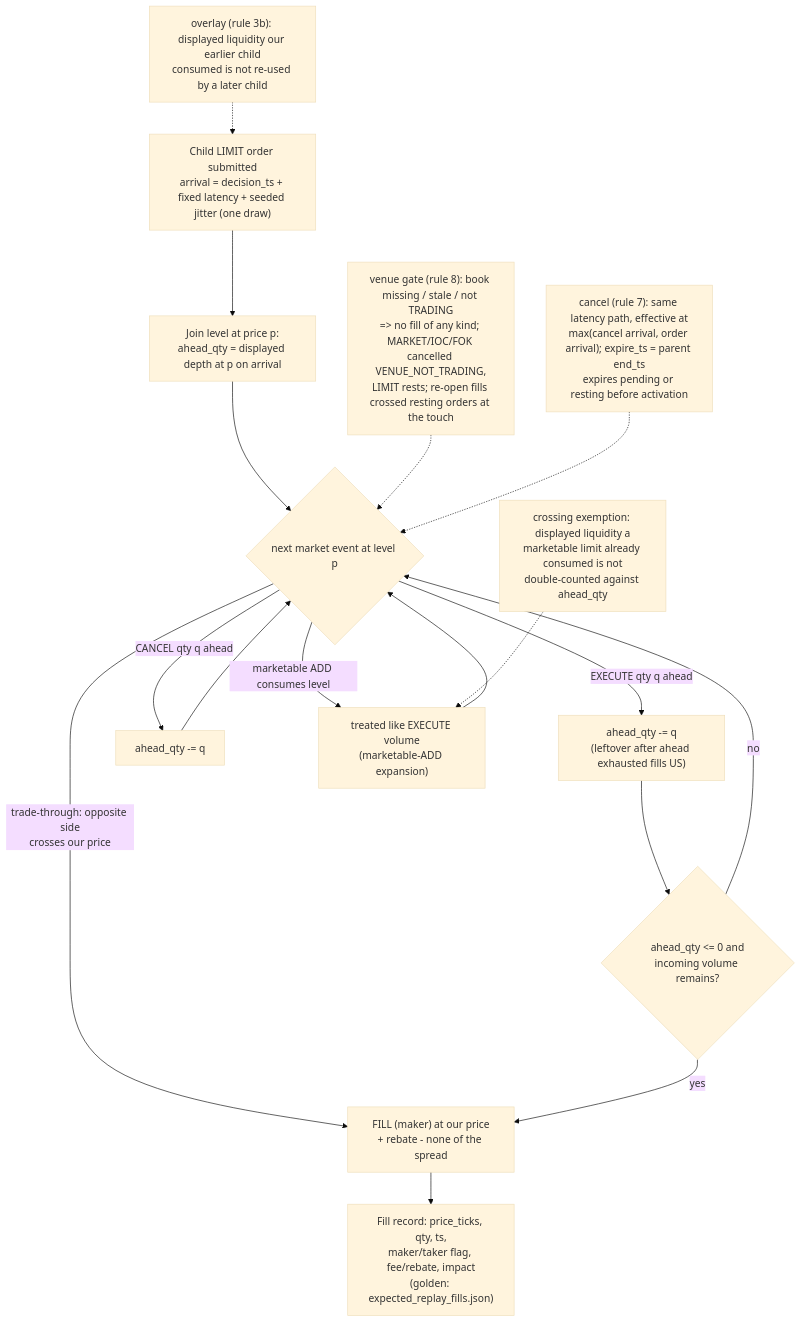
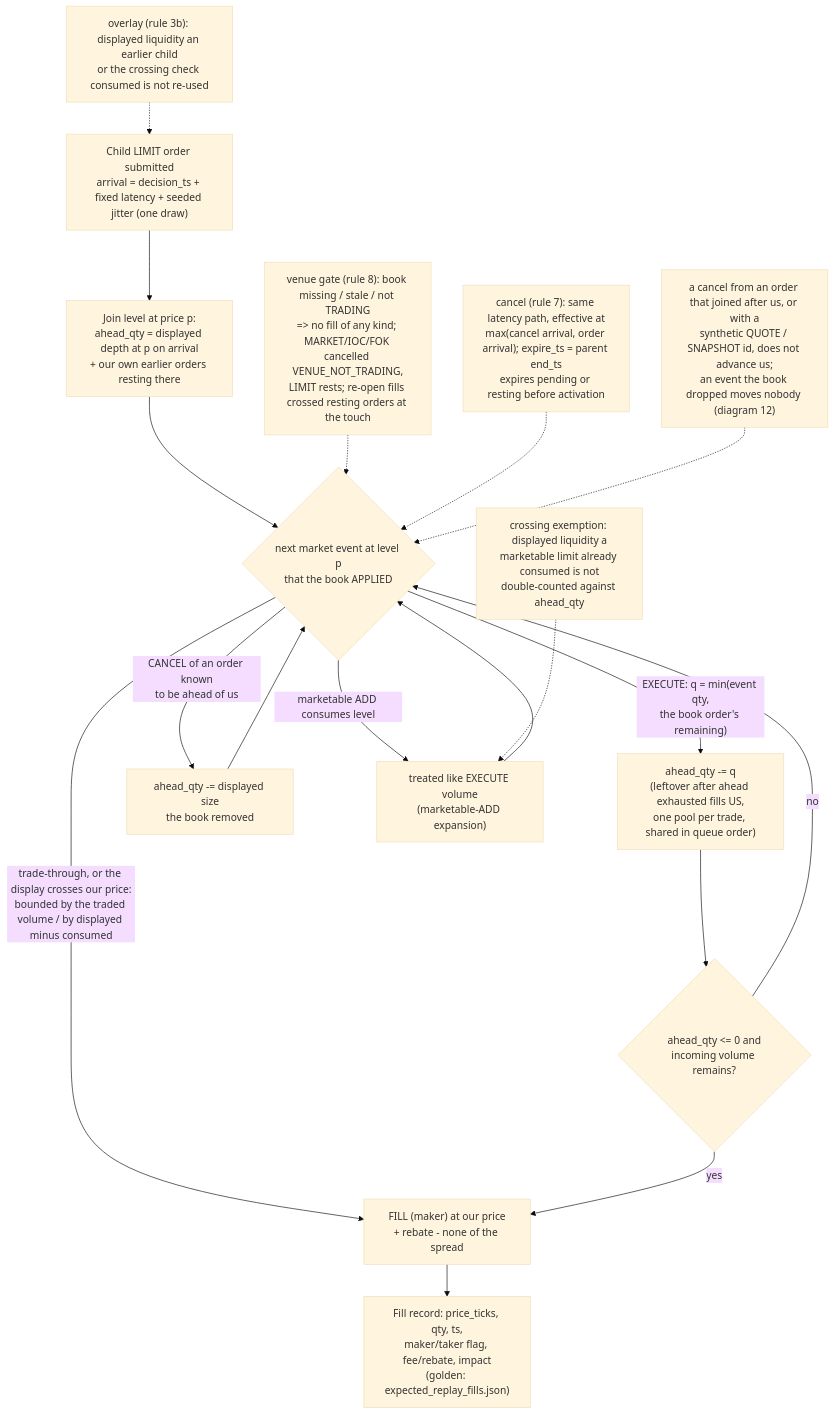
Before and after one commit to AshJha0/intraday-alpha-platform: the diagram in docs/diagrams/queue_position_model.mmd, drawn with Mermaid (base theme). The commit also changed 10 other files, not shown here.

First line of the commit message:
docs(diagrams): nine diagrams for v1.3.0, queue model brought up to date

```diff
--- a/docs/diagrams/queue_position_model.mmd
+++ b/docs/diagrams/queue_position_model.mmd
@@ -1,17 +1,18 @@
 flowchart TD
-    SUB["Child LIMIT order submitted<br/>arrival = decision_ts + fixed latency + seeded jitter (one draw)"] --> JOIN["Join level at price p:<br/>ahead_qty = displayed depth at p on arrival"]
-    JOIN --> OBS{"next market event at level p"}
-    OBS -->|"EXECUTE qty q ahead"| DEC1["ahead_qty -= q<br/>(leftover after ahead exhausted fills US)"]
-    OBS -->|"CANCEL qty q ahead"| DEC2["ahead_qty -= q"]
+    SUB["Child LIMIT order submitted<br/>arrival = decision_ts + fixed latency + seeded jitter (one draw)"] --> JOIN["Join level at price p:<br/>ahead_qty = displayed depth at p on arrival<br/>+ our own earlier orders resting there"]
+    JOIN --> OBS{"next market event at level p<br/>that the book APPLIED"}
+    OBS -->|"EXECUTE: q = min(event qty,<br/>the book order's remaining)"| DEC1["ahead_qty -= q<br/>(leftover after ahead exhausted fills US,<br/>one pool per trade, shared in queue order)"]
+    OBS -->|"CANCEL of an order known<br/>to be ahead of us"| DEC2["ahead_qty -= displayed size<br/>the book removed"]
     OBS -->|"marketable ADD consumes level"| DEC3["treated like EXECUTE volume<br/>(marketable-ADD expansion)"]
-    OBS -->|"trade-through: opposite side<br/>crosses our price"| FILL["FILL (maker) at our price<br/>+ rebate - none of the spread"]
+    OBS -->|"trade-through, or the display crosses our price:<br/>bounded by the traded volume / by displayed minus consumed"| FILL["FILL (maker) at our price<br/>+ rebate - none of the spread"]
     DEC1 --> CHK{"ahead_qty <= 0 and<br/>incoming volume remains?"}
     DEC2 --> OBS
     DEC3 --> OBS
     CHK -- yes --> FILL
     CHK -- no --> OBS
     FILL --> ACC["Fill record: price_ticks, qty, ts,<br/>maker/taker flag, fee/rebate, impact<br/>(golden: expected_replay_fills.json)"]
     CROSS["crossing exemption: displayed liquidity a<br/>marketable limit already consumed is not<br/>double-counted against ahead_qty"] -.-> DEC3
     GATE["venue gate (rule 8): book missing / stale / not TRADING<br/>=> no fill of any kind; MARKET/IOC/FOK cancelled VENUE_NOT_TRADING,<br/>LIMIT rests; re-open fills crossed resting orders at the touch"] -.-> OBS
     TIF["cancel (rule 7): same latency path, effective at<br/>max(cancel arrival, order arrival); expire_ts = parent end_ts<br/>expires pending or resting before activation"] -.-> OBS
-    OVL["overlay (rule 3b): displayed liquidity our earlier child<br/>consumed is not re-used by a later child"] -.-> SUB
+    OVL["overlay (rule 3b): displayed liquidity an earlier child<br/>or the crossing check consumed is not re-used"] -.-> SUB
+    BEHIND["a cancel from an order that joined after us, or with a<br/>synthetic QUOTE / SNAPSHOT id, does not advance us;<br/>an event the book dropped moves nobody (diagram 12)"] -.-> OBS
```
